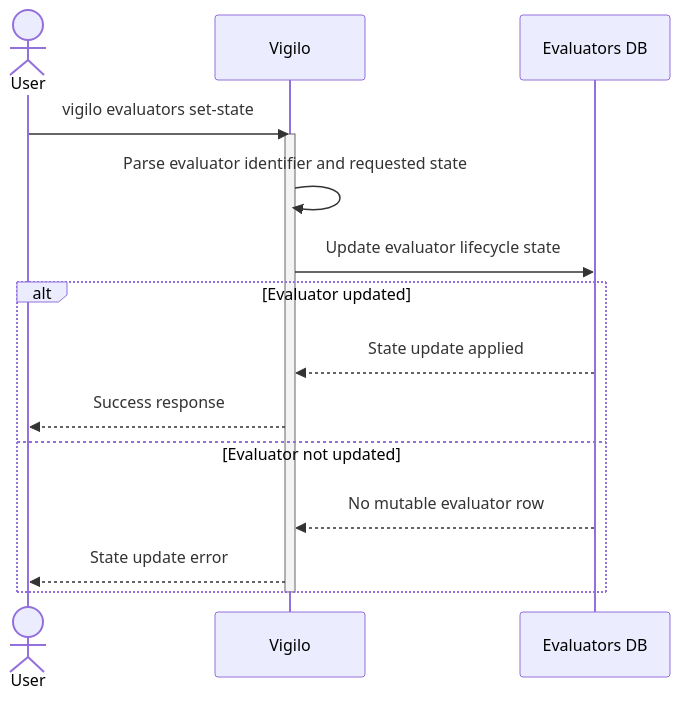
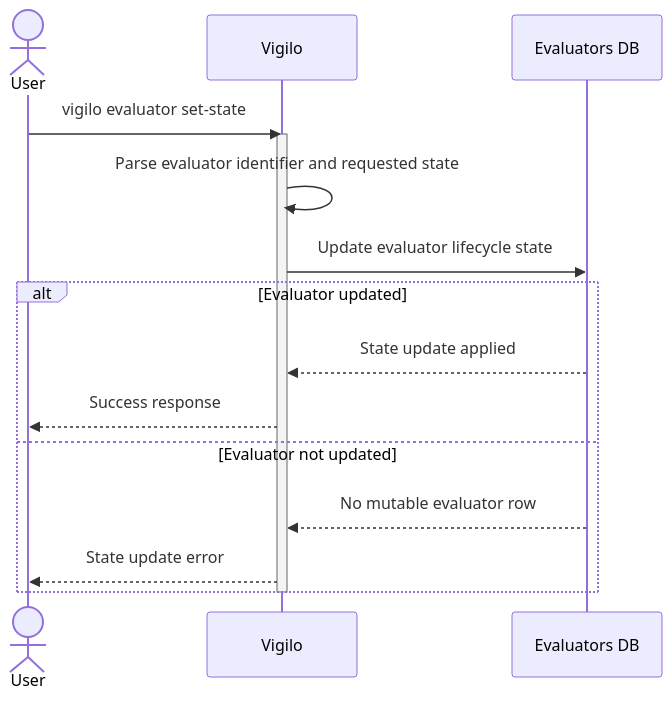
Before and after one commit to gregl83/agent-vigilo: the diagram in web/docs/architecture/flows/evaluators/set-state/execution-flow.mmd, drawn with Mermaid. The commit also changed 40 other files, not shown here.

```diff
--- a/web/docs/architecture/flows/evaluators/set-state/execution-flow.mmd
+++ b/web/docs/architecture/flows/evaluators/set-state/execution-flow.mmd
@@ -1,28 +1,28 @@
 ---
 config:
   flowchart:
     nodeSpacing: 150
     rankSpacing: 80
   themeVariables:
     edgeLabelBackground: 'transparent'
 ---
 sequenceDiagram
     actor User
     participant Vigilo
     participant DB as Evaluators DB
 
-    User->>Vigilo: vigilo evaluators set-state
+    User->>Vigilo: vigilo evaluator set-state
     activate Vigilo
 
     Vigilo->>Vigilo: Parse evaluator identifier and requested state
     Vigilo->>DB: Update evaluator lifecycle state
 
     alt Evaluator updated
         DB-->>Vigilo: State update applied
         Vigilo-->>User: Success response
     else Evaluator not updated
         DB-->>Vigilo: No mutable evaluator row
         Vigilo-->>User: State update error
     end
 
     deactivate Vigilo
```
